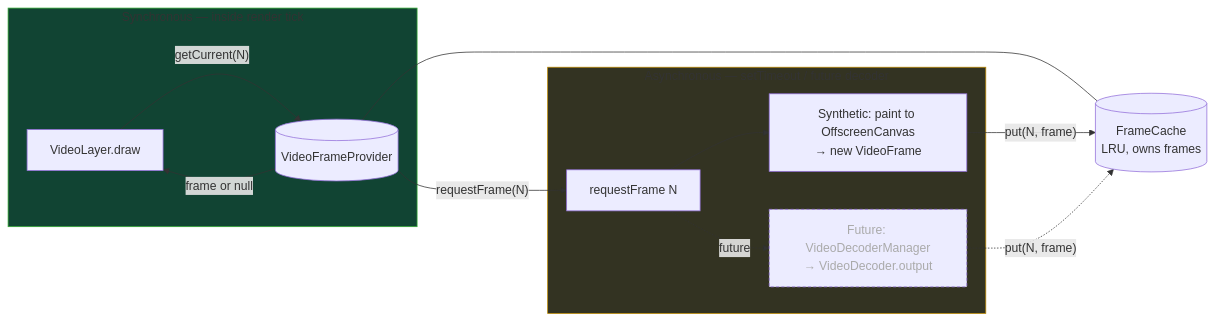
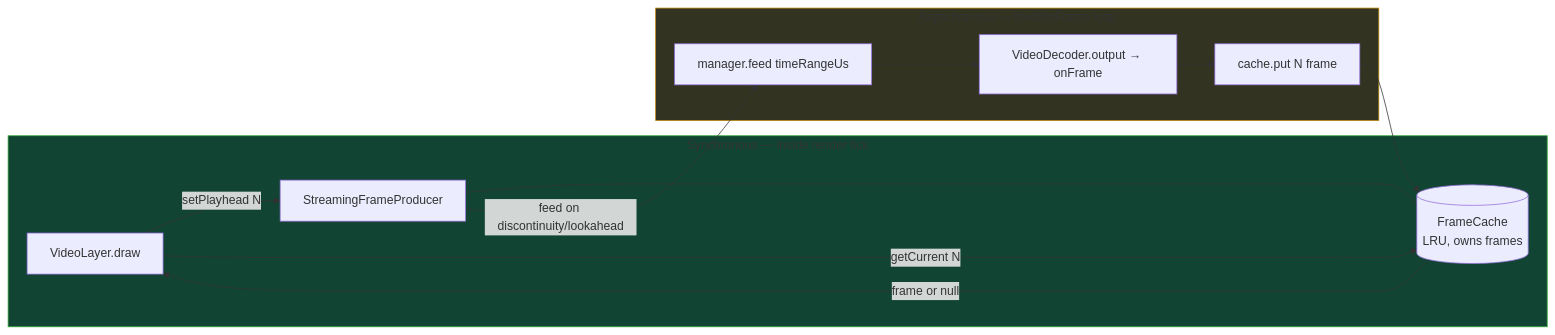
Before and after one commit to elahlabs/elah: the eighth of 17 diagrams in packages/editor/src/core/renderer/architecture.md, drawn with Mermaid. The commit also changed other lines of this file and 35 other files, not shown here.

First line of the commit message:
feat: implement StreamingFrameProducer for push-based video frame handling

````diff
--- a/packages/editor/src/core/renderer/architecture.md
+++ b/packages/editor/src/core/renderer/architecture.md
@@ -299,30 +305,27 @@
 ```mermaid
 flowchart LR
     subgraph sync [Synchronous — inside render tick]
         VL[VideoLayer.draw]
-        VL -- getCurrent(N) --> VFP
-        VFP -- frame or null --> VL
+        VL -- setPlayhead N --> SFP
+        VL -- getCurrent N --> FC
+        FC -- frame or null --> VL
     end
 
-    VFP[(VideoFrameProvider)]
+    SFP[StreamingFrameProducer]
     FC[(FrameCache<br/>LRU, owns frames)]
-    VFP --- FC
+    SFP --- FC
 
-    subgraph async [Asynchronous — setTimeout / future decoder]
-        REQ[requestFrame N]
-        SYN[Synthetic: paint to OffscreenCanvas<br/>→ new VideoFrame]
-        REAL[Future: VideoDecoderManager<br/>→ VideoDecoder.output]
+    subgraph async [Asynchronous — feed/onFrame loop]
+        FEED[manager.feed timeRangeUs]
+        DECODE[VideoDecoder.output → onFrame]
+        PUT[cache.put N frame]
     end
 
-    VFP -- requestFrame(N) --> REQ
-    REQ --> SYN
-    REQ -. future .-> REAL
-    SYN -- put(N, frame) --> FC
-    REAL -. put(N, frame) .-> FC
-
-    classDef future stroke-dasharray:4 3,color:#aaa
-    class REAL future
+    SFP -- feed on discontinuity/lookahead --> FEED
+    FEED --> DECODE
+    DECODE --> PUT
+    PUT --> FC
 
     style sync fill:#143,stroke:#3a3
     style async fill:#332,stroke:#b80
 ```
````
